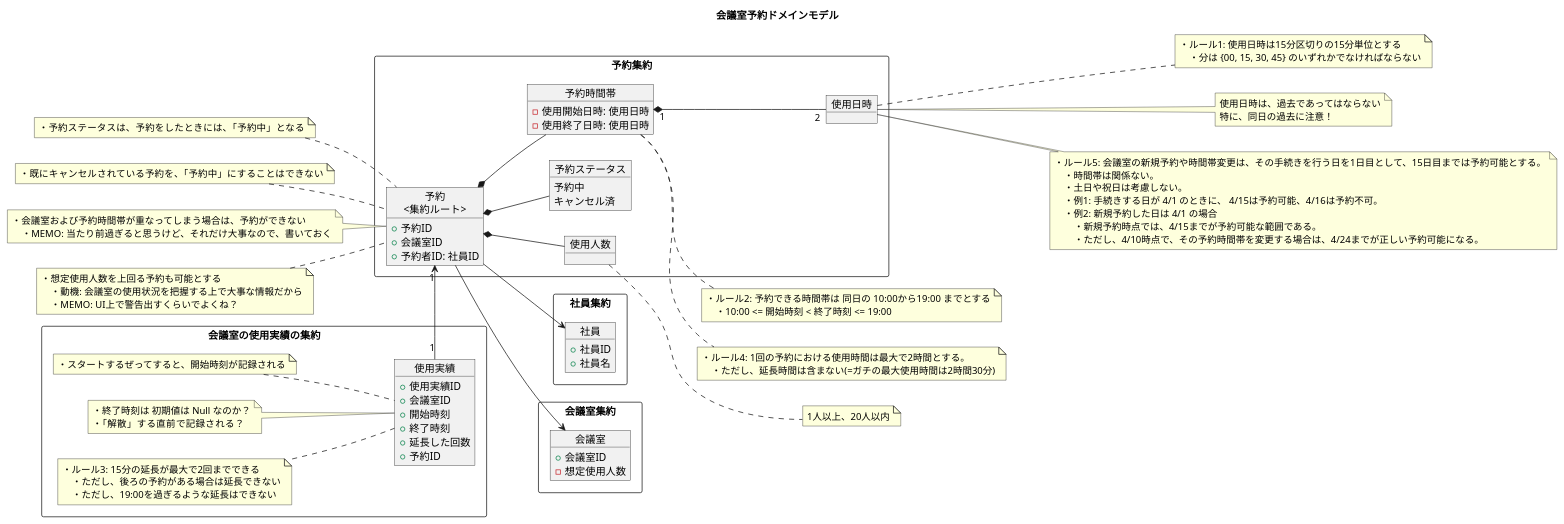
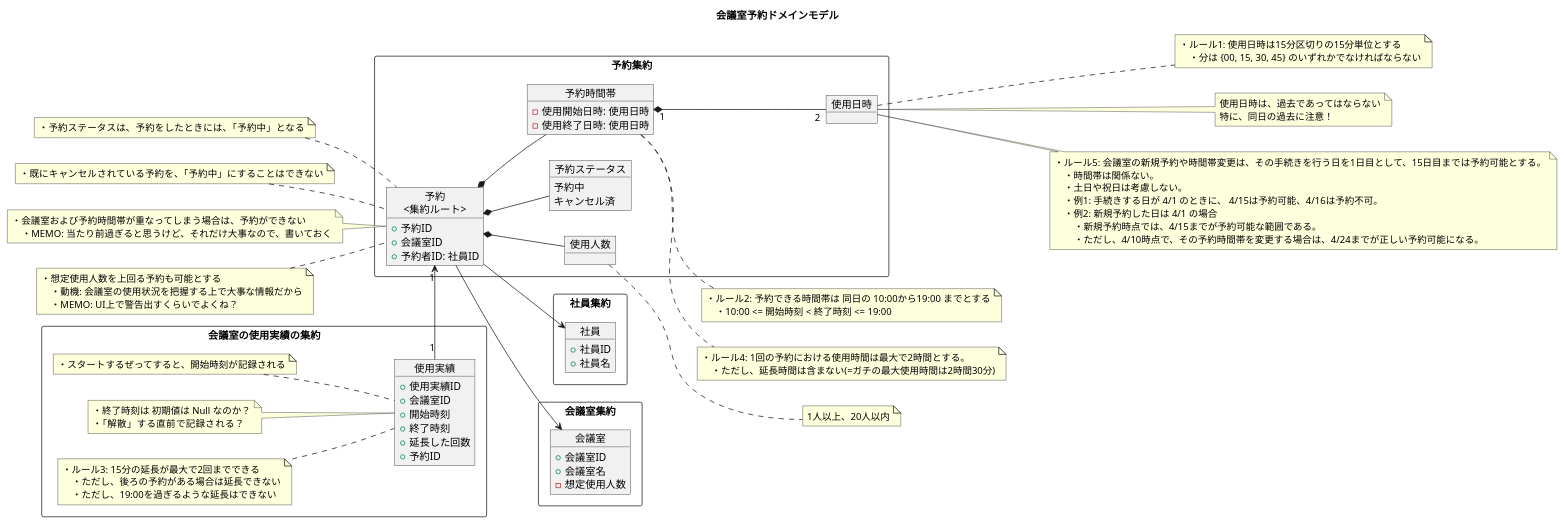
The diagram in diagram/ドメインモデル.puml (ModelingKai/meeting-room-python), drawn with PlantUML before and after one commit. The commit also changed 6 other files, not shown here.

First line of the commit message:
アプリケーションのフロー図を書いた。それに付随して、ユースケースとドメインモデルも変化した

```diff
--- a/diagram/ドメインモデル.puml
+++ b/diagram/ドメインモデル.puml
@@ -1,147 +1,148 @@
 @startuml
 
 title 会議室予約ドメインモデル
 
 left to right direction
 
 rectangle 社員集約 {
     object 社員 {
         + 社員ID
         + 社員名
     }
 }
 
 rectangle 予約集約 {
     object "予約\n<集約ルート>" as c1 {
         + 予約ID
         + 会議室ID
         + 予約者ID: 社員ID
     }
 
     object 予約ステータス {
         予約中
         キャンセル済
     }
 
     object 使用人数 {
     }
 
     object 予約時間帯 {
         - 使用開始日時: 使用日時
         - 使用終了日時: 使用日時
     }
 
 
     object 使用日時 {
     }
 }
 
 
 rectangle 会議室の使用実績の集約 {
     object "使用実績"  as c2{
         + 使用実績ID
         + 会議室ID
         + 開始時刻
         + 終了時刻
         + 延長した回数
 
         + 予約ID
     }
 
     note left of c2
     ・スタートするぜってすると、開始時刻が記録される
     end note
 
     note left of c2
     ・終了時刻は 初期値は Null なのか？
     ・「解散」する直前で記録される？
     end note
 
     note left of c2
     ・ルール3: 15分の延長が最大で2回までできる
         ・ただし、後ろの予約がある場合は延長できない
         ・ただし、19:00を過ぎるような延長はできない
     end note
 
     c2 "1" -right-> "1" c1
 
 }
 
 rectangle 会議室集約 {
     object 会議室 {
         + 会議室ID
+        + 会議室名
         - 想定使用人数
     }
 }
 
 
 c1 --> 会議室
 c1 --> 社員
 c1 *-- 使用人数
 c1 *-- 予約時間帯
 c1 *-- 予約ステータス
 予約時間帯 "1" *-- "2" 使用日時
 
 
 ' ===== 予約 =====
 note left of c1
 ・予約ステータスは、予約をしたときには、「予約中」となる
 end note
 
 note left of c1
 ・既にキャンセルされている予約を、「予約中」にすることはできない
 end note
 
 
 note left of c1
 ・会議室および予約時間帯が重なってしまう場合は、予約ができない
     ・MEMO: 当たり前過ぎると思うけど、それだけ大事なので、書いておく
 end note
 
 note left of c1
 ・想定使用人数を上回る予約も可能とする
     ・動機: 会議室の使用状況を把握する上で大事な情報だから
     ・MEMO: UI上で警告出すくらいでよくね？
 end note
 
 
 
 ' ===== 予約時間帯 =====
 note right of 予約時間帯
 ・ルール2: 予約できる時間帯は 同日の 10:00から19:00 までとする
     ・10:00 <= 開始時刻 < 終了時刻 <= 19:00
 end note
 
 
 note right of 予約時間帯
 ・ルール4: 1回の予約における使用時間は最大で2時間とする。
     ・ただし、延長時間は含まない(=ガチの最大使用時間は2時間30分)
 end note
 
 
 ' ===== 使用日時 =====
 note right of 使用日時
 ・ルール1: 使用日時は15分区切りの15分単位とする
     ・分は {00, 15, 30, 45} のいずれかでなければならない
 end note
 
 note right of 使用日時
 使用日時は、過去であってはならない
 特に、同日の過去に注意！
 end note
 
 note right of 使用日時
 ・ルール5: 会議室の新規予約や時間帯変更は、その手続きを行う日を1日目として、15日目までは予約可能とする。
     ・時間帯は関係ない。
     ・土日や祝日は考慮しない。
     ・例1: 手続きする日が 4/1 のときに、 4/15は予約可能、4/16は予約不可。
     ・例2: 新規予約した日は 4/1 の場合
         ・新規予約時点では、4/15までが予約可能な範囲である。
         ・ただし、4/10時点で、その予約時間帯を変更する場合は、4/24までが正しい予約可能になる。
 end note
 
 note right of 使用人数
 1人以上、20人以内
 end note
 
 @enduml
```
